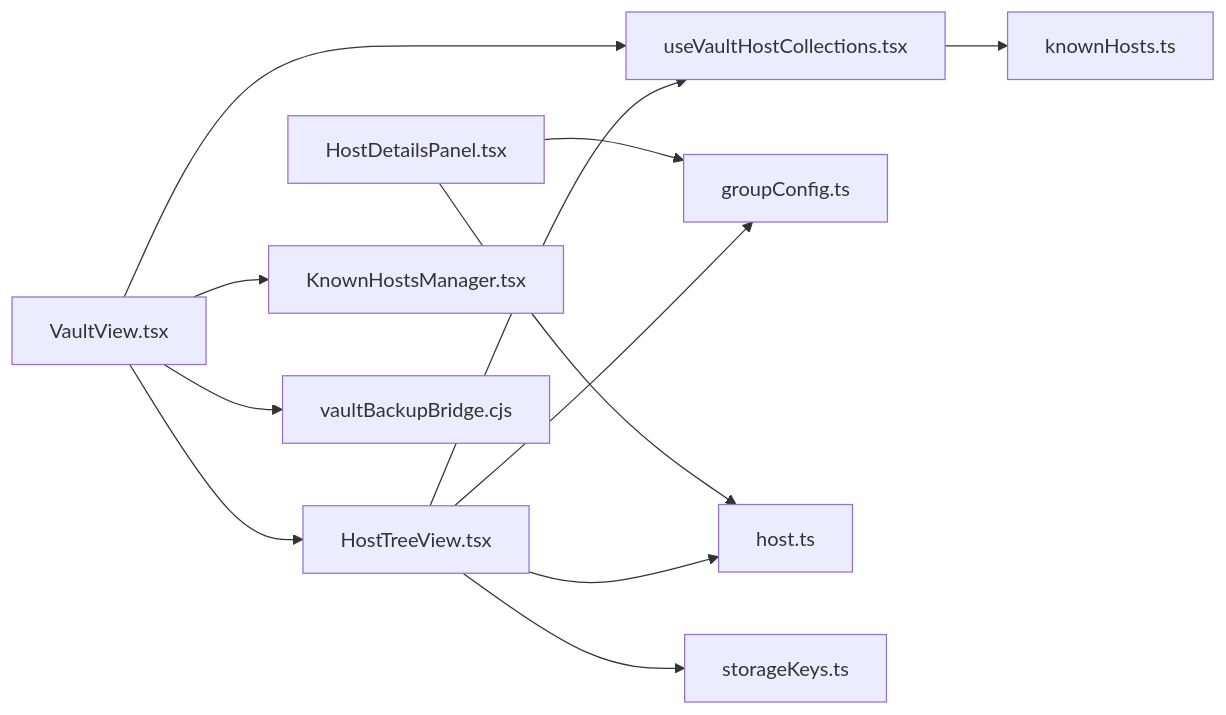
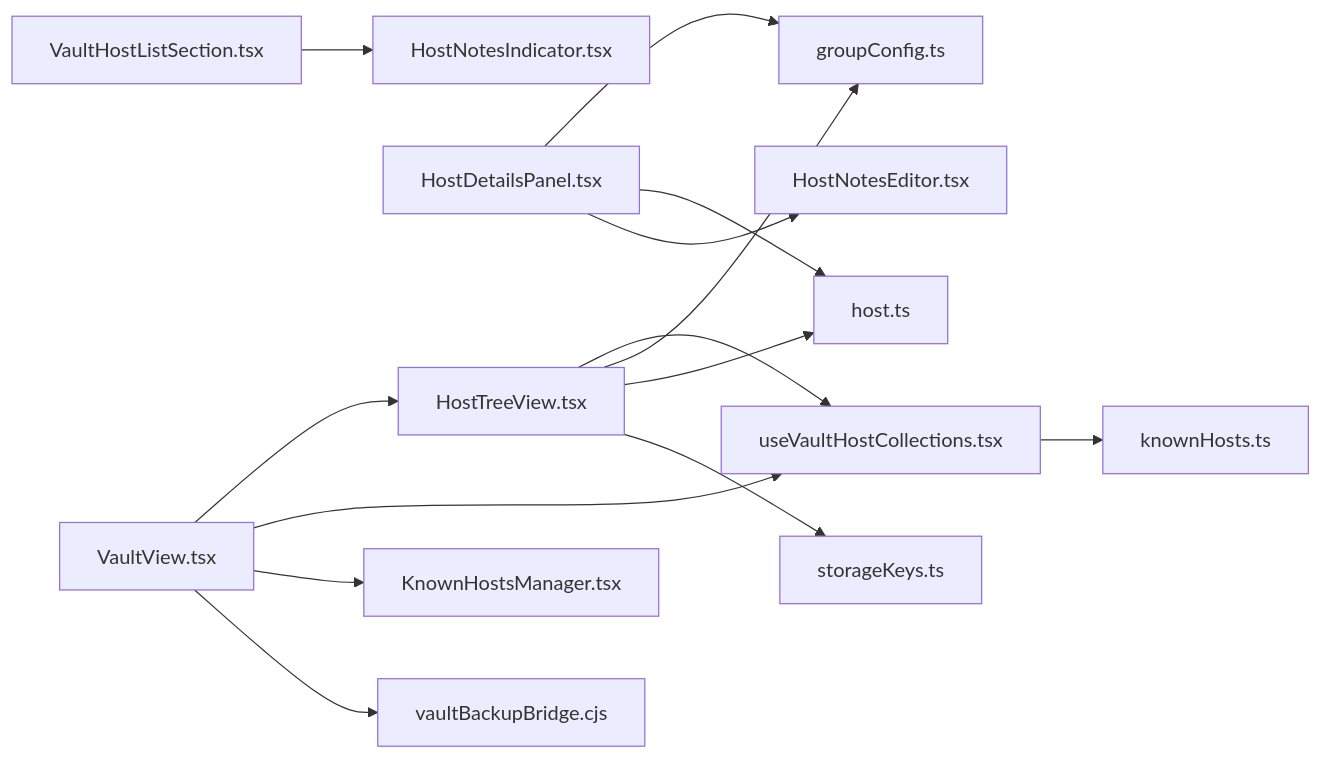
Diagram 13 of 13 in .qoder/repowiki/zh/content/用户指南/SSH客户端管理/主机管理.md (szeiyou/Netcatty), drawn with Mermaid before and after one commit. The commit also changed other lines of this file and 6 other files, not shown here.

````diff
--- a/.qoder/repowiki/zh/content/用户指南/SSH客户端管理/主机管理.md
+++ b/.qoder/repowiki/zh/content/用户指南/SSH客户端管理/主机管理.md
@@ -341,14 +443,16 @@
 ```mermaid
 graph LR
 HTV["HostTreeView.tsx"] --> UVHC["useVaultHostCollections.tsx"]
 HTV --> GC["groupConfig.ts"]
 HTV --> HOST["host.ts"]
 HDP["HostDetailsPanel.tsx"] --> GC
 HDP --> HOST
+HDP --> HNE["HostNotesEditor.tsx"]
+VHLS["VaultHostListSection.tsx"] --> HNI["HostNotesIndicator.tsx"]
 VV["VaultView.tsx"] --> HTV
 VV --> UVHC
 VV --> KHM["KnownHostsManager.tsx"]
 UVHC --> KH["knownHosts.ts"]
 VV --> KBM["vaultBackupBridge.cjs"]
 HTV --> SK["storageKeys.ts"]
 ```
````
